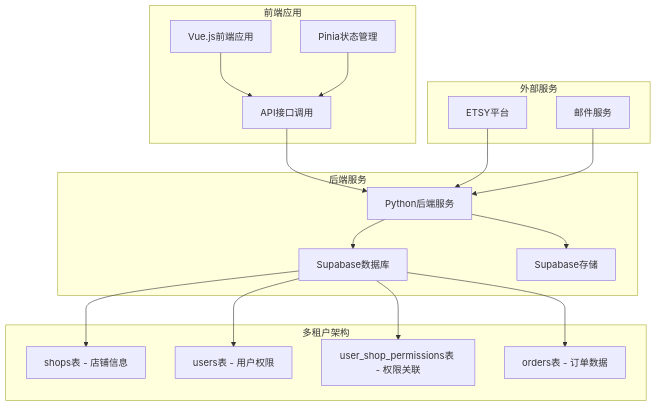
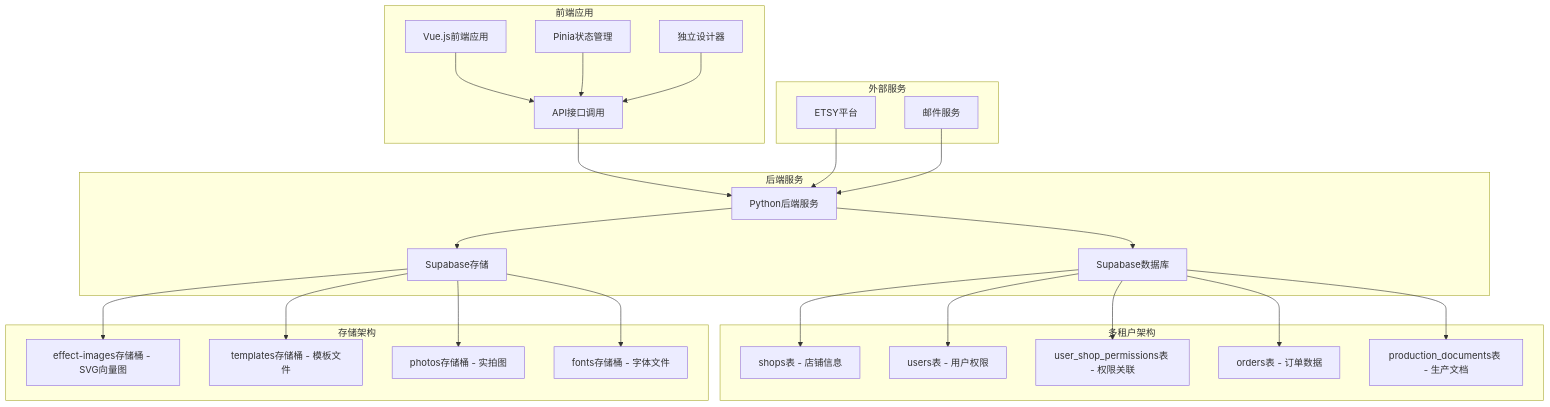
The first of 19 diagrams in .qoder/repowiki/zh/content/开发指南/Supabase集成指南.md (SY6621/POD-Order-Management), drawn with Mermaid before and after one commit. The commit also changed other lines of this file and 6 other files, not shown here.

````diff
--- a/.qoder/repowiki/zh/content/开发指南/Supabase集成指南.md
+++ b/.qoder/repowiki/zh/content/开发指南/Supabase集成指南.md
@@ -71,34 +85,48 @@
 ```mermaid
 graph TB
 subgraph "前端应用"
 FE[Vue.js前端应用]
 FE_API[API接口调用]
 FE_STORE[Pinia状态管理]
+DESIGNER[独立设计器]
 end
 subgraph "后端服务"
 BE[Python后端服务]
 DB[Supabase数据库]
 STORAGE[Supabase存储]
 end
 subgraph "多租户架构"
 SHOPS[shops表 - 店铺信息]
 USERS[users表 - 用户权限]
 PERMISSIONS[user_shop_permissions表 - 权限关联]
 ORDERS[orders表 - 订单数据]
+PRODUCTION_DOCS[production_documents表 - 生产文档]
+end
+subgraph "存储架构"
+EFFECT_IMAGES[effect-images存储桶 - SVG向量图]
+TEMPLATES[templates存储桶 - 模板文件]
+PHOTOS[photos存储桶 - 实拍图]
+FONTS[fonts存储桶 - 字体文件]
 end
 subgraph "外部服务"
 ETSY[ETSY平台]
 EMAIL[邮件服务]
 end
 FE --> FE_API
 FE_API --> BE
 FE_STORE --> FE_API
+DESIGNER --> FE_API
 BE --> DB
 DB --> SHOPS
 DB --> USERS
 DB --> PERMISSIONS
 DB --> ORDERS
+DB --> PRODUCTION_DOCS
 BE --> STORAGE
+STORAGE --> EFFECT_IMAGES
+STORAGE --> TEMPLATES
+STORAGE --> PHOTOS
+STORAGE --> FONTS
 ETSY --> BE
 EMAIL --> BE
 ```
````
